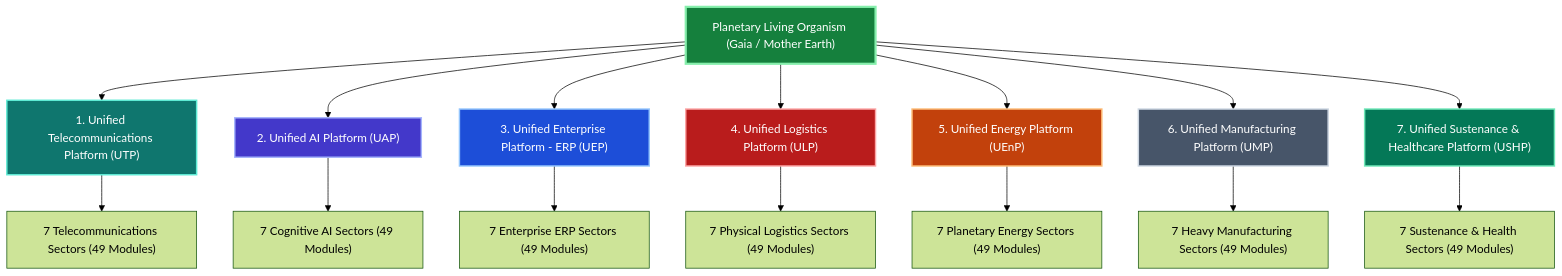
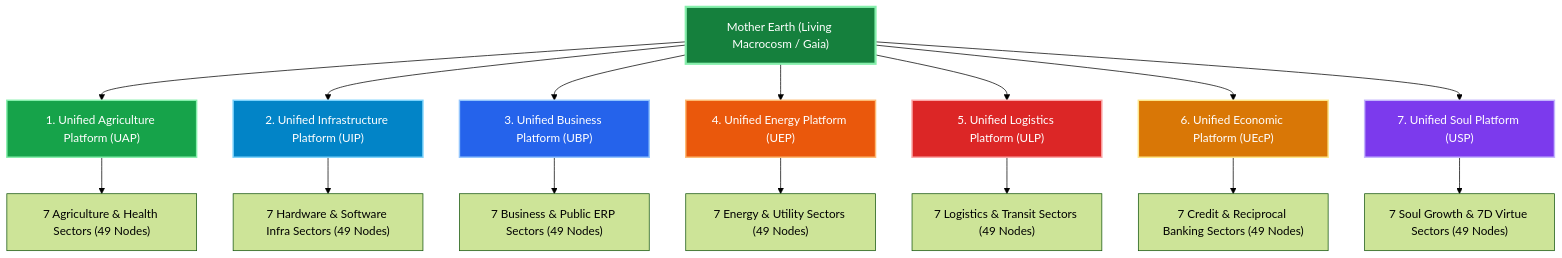
The diagram in SEVEN_BY_SEVEN_BY_SEVEN_FRACTAL_ATLAS.md (shishyan/Karmic-Genie), drawn with Mermaid (forest theme) before and after one commit. The commit also changed other lines of this file and 7 other files, not shown here.

Commit message:
feat(taxonomy): align 7x7x7 fractal atlas strictly with user platforms (Agri, Infra, Business, Energy, Logistics, Economic, Soul)

````diff
--- a/SEVEN_BY_SEVEN_BY_SEVEN_FRACTAL_ATLAS.md
+++ b/SEVEN_BY_SEVEN_BY_SEVEN_FRACTAL_ATLAS.md
@@ -30,25 +30,25 @@
 ```mermaid
 graph TD
-    Gaia["Planetary Living Organism (Gaia / Mother Earth)"] --> P1["1. Unified Telecommunications Platform (UTP)"]
-    Gaia --> P2["2. Unified AI Platform (UAP)"]
-    Gaia --> P3["3. Unified Enterprise Platform - ERP (UEP)"]
-    Gaia --> P4["4. Unified Logistics Platform (ULP)"]
-    Gaia --> P5["5. Unified Energy Platform (UEnP)"]
-    Gaia --> P6["6. Unified Manufacturing Platform (UMP)"]
-    Gaia --> P7["7. Unified Sustenance & Healthcare Platform (USHP)"]
-    P1 --> S1["7 Telecommunications Sectors (49 Modules)"]
-    P2 --> S2["7 Cognitive AI Sectors (49 Modules)"]
-    P3 --> S3["7 Enterprise ERP Sectors (49 Modules)"]
-    P4 --> S4["7 Physical Logistics Sectors (49 Modules)"]
-    P5 --> S5["7 Planetary Energy Sectors (49 Modules)"]
-    P6 --> S6["7 Heavy Manufacturing Sectors (49 Modules)"]
-    P7 --> S7["7 Sustenance & Health Sectors (49 Modules)"]
+    Gaia["Mother Earth (Living Macrocosm / Gaia)"] --> P1["1. Unified Agriculture Platform (UAP)"]
+    Gaia --> P2["2. Unified Infrastructure Platform (UIP)"]
+    Gaia --> P3["3. Unified Business Platform (UBP)"]
+    Gaia --> P4["4. Unified Energy Platform (UEP)"]
+    Gaia --> P5["5. Unified Logistics Platform (ULP)"]
+    Gaia --> P6["6. Unified Economic Platform (UEcP)"]
+    Gaia --> P7["7. Unified Soul Platform (USP)"]
+    P1 --> S1["7 Agriculture & Health Sectors (49 Nodes)"]
+    P2 --> S2["7 Hardware & Software Infra Sectors (49 Nodes)"]
+    P3 --> S3["7 Business & Public ERP Sectors (49 Nodes)"]
+    P4 --> S4["7 Energy & Utility Sectors (49 Nodes)"]
+    P5 --> S5["7 Logistics & Transit Sectors (49 Nodes)"]
+    P6 --> S6["7 Credit & Reciprocal Banking Sectors (49 Nodes)"]
+    P7 --> S7["7 Soul Growth & 7D Virtue Sectors (49 Nodes)"]
     style Gaia fill:#15803d,stroke:#86efac,stroke-width:3px,color:#ffffff
-    style P1 fill:#0f766e,stroke:#5eead4,stroke-width:2px,color:#ffffff
-    style P2 fill:#4338ca,stroke:#a5b4fc,stroke-width:2px,color:#ffffff
-    style P3 fill:#1d4ed8,stroke:#93c5fd,stroke-width:2px,color:#ffffff
-    style P4 fill:#b91c1c,stroke:#fca5a5,stroke-width:2px,color:#ffffff
-    style P5 fill:#c2410c,stroke:#fdba74,stroke-width:2px,color:#ffffff
-    style P6 fill:#475569,stroke:#cbd5e1,stroke-width:2px,color:#ffffff
-    style P7 fill:#047857,stroke:#6ee7b7,stroke-width:2px,color:#ffffff
+    style P1 fill:#16a34a,stroke:#86efac,stroke-width:2px,color:#ffffff
+    style P2 fill:#0284c7,stroke:#7dd3fc,stroke-width:2px,color:#ffffff
+    style P3 fill:#2563eb,stroke:#93c5fd,stroke-width:2px,color:#ffffff
+    style P4 fill:#ea580c,stroke:#fdba74,stroke-width:2px,color:#ffffff
+    style P5 fill:#dc2626,stroke:#fca5a5,stroke-width:2px,color:#ffffff
+    style P6 fill:#d97706,stroke:#fde68a,stroke-width:2px,color:#ffffff
+    style P7 fill:#7c3aed,stroke:#c4b5fd,stroke-width:2px,color:#ffffff
 ```
````
